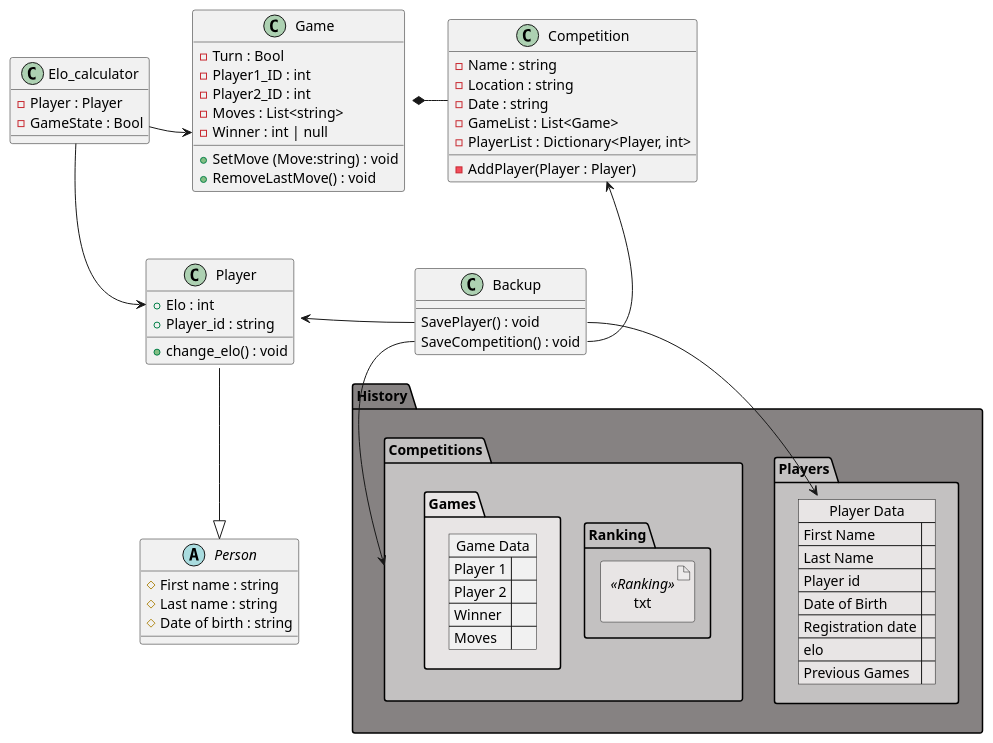
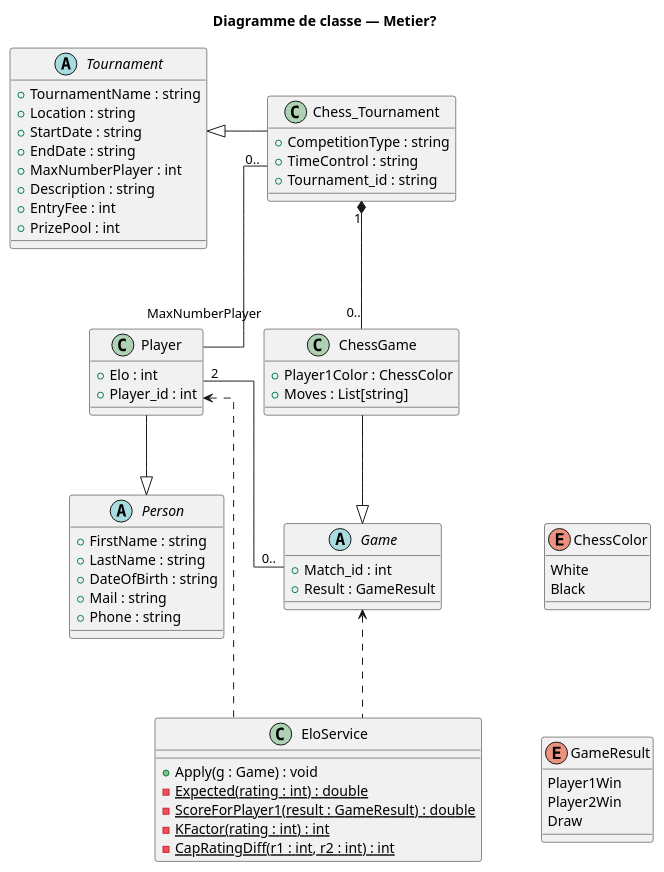
The diagram in Class_diagram.puml (TariqKalai/PO3L--Chess-DB), drawn with PlantUML before and after one commit. The commit also changed 3 other files, not shown here.

Commit message:
Added Diagrams in plant uml

```diff
--- a/Class_diagram.puml
+++ b/Class_diagram.puml
@@ -1,133 +1,114 @@
 @startuml Class_diagram
+top to bottom direction
+skinparam linetype ortho
+skinparam nodesep 60
+skinparam ranksep 80
+
+title Diagramme de classe — Metier?
 
 
+' =======================
+' TOUTes les classes (metier?)
+
+abstract class Person {
+  + FirstName : string
+  + LastName : string
+  + DateOfBirth : string
+  + Mail : string
+  + Phone : string
+}
+
+class Player {
+  + Elo : int
+  + Player_id : int
+}
+
+enum GameResult {
+  Player1Win
+  Player2Win
+  Draw
+}
+
+abstract class Game {
+  + Match_id : int
+  + Result : GameResult
+}
+
+enum ChessColor {
+  White
+  Black
+}
+
+
+class ChessGame {
+  + Player1Color : ChessColor
+  + Moves : List[string]
+}
+
+abstract class Tournament {
+  + TournamentName : string
+  + Location : string
+  + StartDate : string
+  + EndDate : string
+  + MaxNumberPlayer : int
+  + Description : string
+  + EntryFee : int
+  + PrizePool : int
+}
+
+class Chess_Tournament {
+  + CompetitionType : string
+  + TimeControl : string
+  + Tournament_id : string
+}
+
+class EloService {
+  + Apply(g : Game) : void
+  - {static} Expected(rating : int) : double
+  - {static} ScoreForPlayer1(result : GameResult) : double
+  - {static} KFactor(rating : int) : int
+  - {static} CapRatingDiff(r1 : int, r2 : int) : int
+}
+
+' ---------------------------------------------------------------
+' Inheritance (HERITAGE)
 Person <|-up- Player
-Player::Elo <-up- Elo_calculator
-Competition -left-* Game
-Backup::SaveCompetition -up-> Competition
-Backup::SavePlayer -left-> Player
-Game::Winner <-left- Elo_calculator
+Game <|-up- ChessGame
+Tournament <|-right- Chess_Tournament
+
+' ---------------------------------------------------------------
+' Associations 
+' Les vies des objets ne sont pas dépendantes
+' Une partie a exactement 2 joueurs, et un joueur peut jouer 0 a .. parties
+Game  "0.." -- "2" Player 
+
+
+' Inscriptions: un tournoi a des joueurs inscrits, un joueur peut participer à
+'  plusieurs tournois et dans un tournoi il y a MaxnumberPlayer de joueur
+Chess_Tournament "0.." -- "MaxNumberPlayer"  Player 
+
+' ------------------------------------------------------------------------------------
+'compostion
+
+' Un tournoi contient des parties, une partie appartient à un tournoi 
+' Une partie ne peut exister sans tournoi
+' il y a 0.. game par tournoi
+Chess_Tournament "1" *-- "0.." ChessGame 
+
+
+'-------------------------------------------------------------------------------------
+'Dependance
+' Le service ELO agit sur des parties et met à jour les joueurs
+' elle depend de Player et de Game donc c est une dependance
+EloService .up.> Game
+EloService .up.> Player
 
 
 
-'Definition of the person class
-abstract class  Person {
-    # First name : string
-    # Last name : string 
-    # Date of birth : string
+Player -[hidden]right- ChessGame
+Player -[hidden]up- Tournament
 
-}
+GameResult -[hidden]left- EloService
+GameResult -[hidden]up- ChessColor
 
-
-'Definition of the player class
-class Player {  
-    + Elo : int
-    + Player_id : string
-
-    + change_elo() : void
-}
-
-
-'Definition the the Backup class
-class Backup {
-    SavePlayer() : void
-    SaveCompetition() : void
-}
-
-
-
-'Definition the the Elo calculator class
-Class Elo_calculator {
-
-    - Player : Player
-    - GameState : Bool
-
-}
-
-
-
-
-'Definition the the Game class
-Class Game {
-    - Turn : Bool
-    - Player1_ID : int
-    - Player2_ID : int
-    - Moves : List<string>
-    - Winner : int | null
-
-    + SetMove (Move:string) : void
-    + RemoveLastMove() : void
-
-}
-
-
-
-'Definition the the Competition class
-Class Competition{
-    - Name : string
-    - Location : string
-    - Date : string
-    - GameList : List<Game>
-    - PlayerList : Dictionary<Player, int>
-
-
-    - AddPlayer(Player : Player)
-
-
-
-}
-
-'Definition the the History package
-package "History"  #746f6fdd {
-
-    
-    package "Players" as Playerfolder #cdcbcbdd{
-
-    json "Player Data" as PlayerData #eeebebdd{
-        "First Name" : "",
-        "Last Name": "",
-        "Player id": "" ,
-        "Date of Birth" :"" ,
-        "Registration date" :"" ,
-        "elo" : "",
-        "Previous Games" : "" 
-
-    }
-
-
-'HERE IS A RELATIONNNNN-----------------------------------------
-    Backup::SavePlayer --> PlayerData
-
-    }
-
-    package "Competitions" as CompetitionFolder #cdcbcbdd {
-
-        artifact "Ranking.txt" <<Ranking>> #eeebebdd{
-
-        }
-        package Games as Gamefolder #eeebebdd {
-        json "Game Data" as Gamedata  {
-            "Player 1" : "",
-            "Player 2" : "",
-            "Winner" : "",
-            "Moves" : ""
-        }
-        }
-        
-        
-    }
-
-
-'HERE IS A RELATIONNNNN-----------------------------------------
-
-    Backup::SaveCompetition --> CompetitionFolder
-}
-
-/'
-person
-player
-Admin 
-compet 
-match
-'/
 @enduml
```
